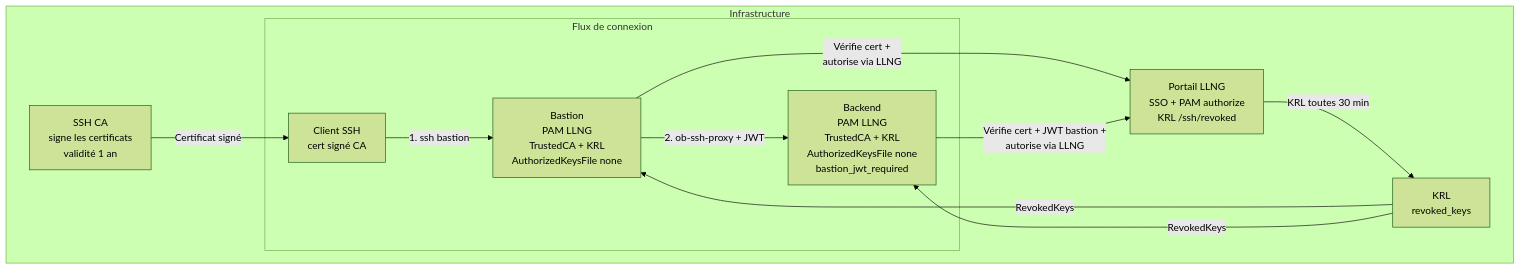
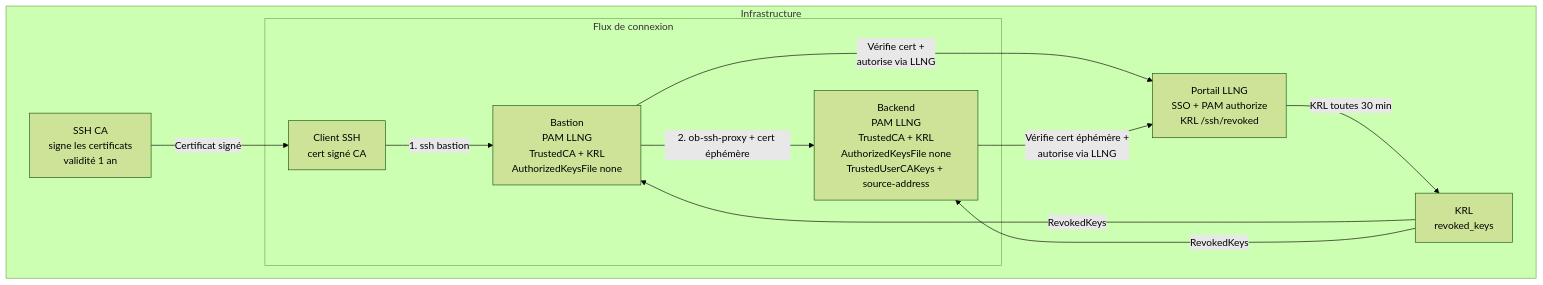
Before and after one commit to linagora/open-bastion: the first of 5 diagrams in doc/security/02-ssh-connection.md, drawn with Mermaid (forest theme). The commit also changed other lines of this file and 6 other files, not shown here.

First line of the commit message:
docs(cert-vouching): replace bastion JWT with certificate vouching across docs

````diff
--- a/doc/security/02-ssh-connection.md
+++ b/doc/security/02-ssh-connection.md
@@ -33,22 +33,22 @@
 ```mermaid
 flowchart TB
     subgraph Infrastructure
         CA[SSH CA<br/>signe les certificats<br/>validité 1 an]
         LLNG[Portail LLNG<br/>SSO + PAM authorize<br/>KRL /ssh/revoked]
         KRL[KRL<br/>revoked_keys]
 
         CA -->|Certificat signé| Client
 
         subgraph ConnectionFlow["Flux de connexion"]
             Client[Client SSH<br/>cert signé CA] -->|1. ssh bastion| Bastion[Bastion<br/>PAM LLNG<br/>TrustedCA + KRL<br/>AuthorizedKeysFile none]
-            Bastion -->|2. ob-ssh-proxy + JWT| Backend[Backend<br/>PAM LLNG<br/>TrustedCA + KRL<br/>AuthorizedKeysFile none<br/>bastion_jwt_required]
+            Bastion -->|2. ob-ssh-proxy + cert éphémère| Backend[Backend<br/>PAM LLNG<br/>TrustedCA + KRL<br/>AuthorizedKeysFile none<br/>TrustedUserCAKeys + source-address]
         end
 
         LLNG -->|KRL toutes 30 min| KRL
         KRL -->|RevokedKeys| Bastion
         KRL -->|RevokedKeys| Backend
 
         Bastion -->|Vérifie cert +<br/>autorise via LLNG| LLNG
-        Backend -->|Vérifie cert + JWT bastion +<br/>autorise via LLNG| LLNG
+        Backend -->|Vérifie cert éphémère +<br/>autorise via LLNG| LLNG
     end
 ```
````
